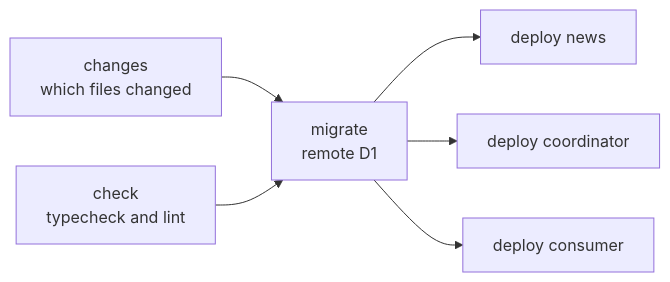
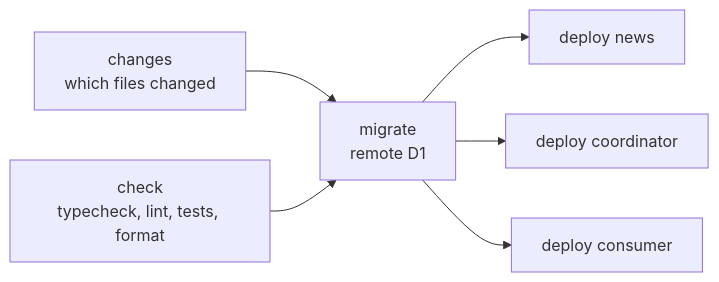
One commit to caefisica/news changed the diagram in docs/deployment.md. Above: the diagram before and after it, drawn with Mermaid. The commit also changed other lines of this file and 7 other files, not shown here.

````diff
--- a/docs/deployment.md
+++ b/docs/deployment.md
@@ -7,8 +7,8 @@
 ```mermaid
 flowchart LR
     X[changes<br/>which files changed] --> B
-    A[check<br/>typecheck and lint] --> B[migrate<br/>remote D1]
+    A[check<br/>typecheck, lint, tests, format] --> B[migrate<br/>remote D1]
     B --> C[deploy news]
     B --> D[deploy coordinator]
     B --> E[deploy consumer]
 ```
````
